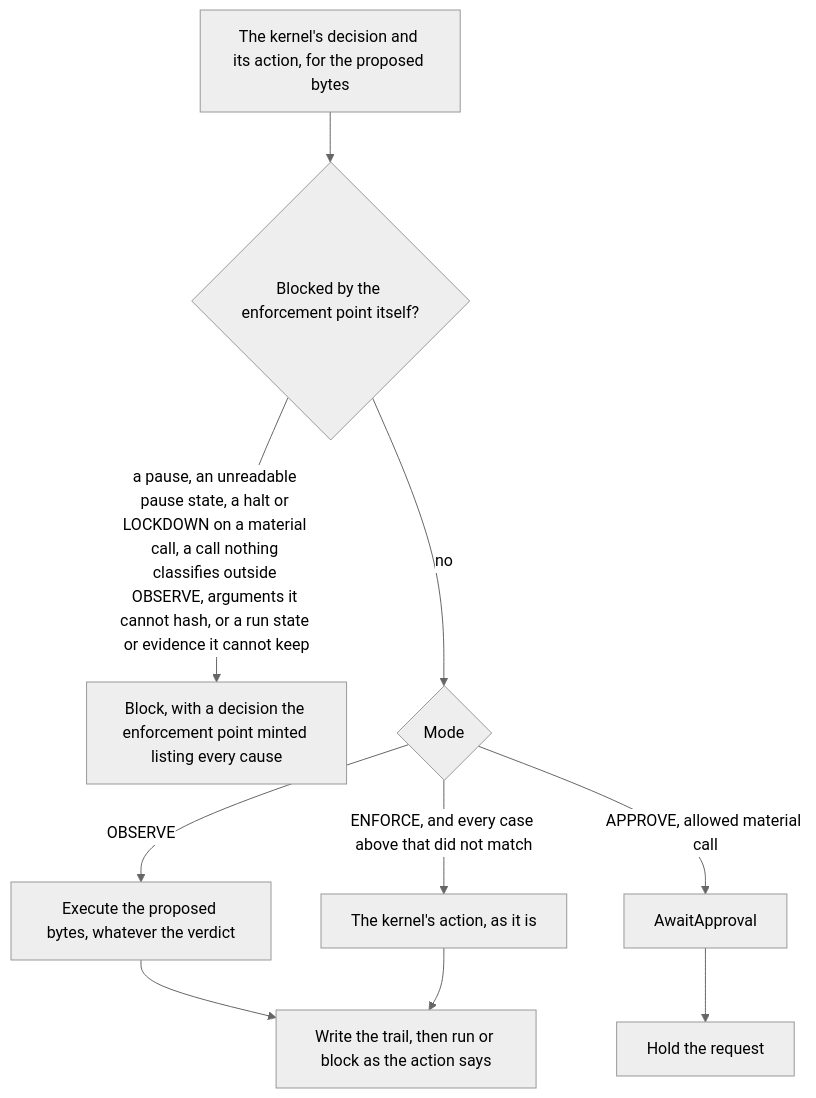
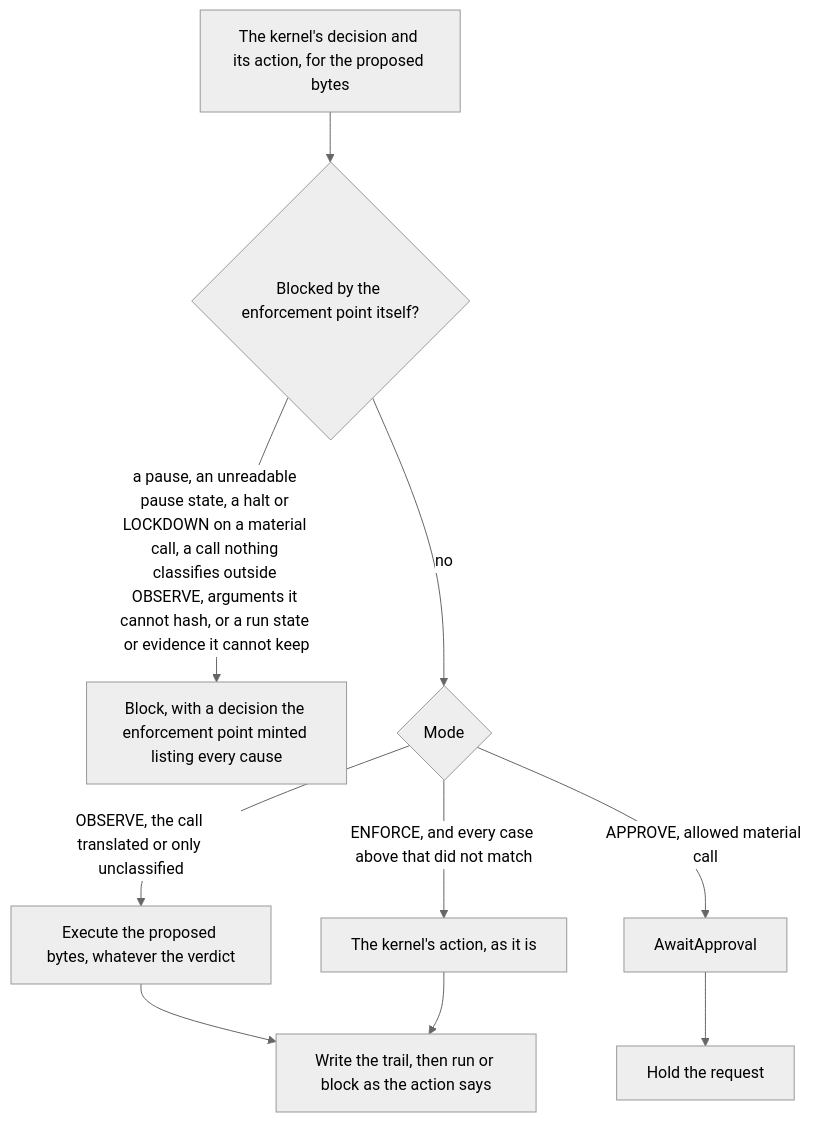
Before and after one commit to guardana/control: the diagram in docs/concepts/enforcement-modes.md, drawn with Mermaid (neutral theme). The commit also changed other lines of this file and 113 other files, not shown here.

First line of the commit message:
feat(gateway): refuse in the pipeline what an adapter could not translate

````diff
--- a/docs/concepts/enforcement-modes.md
+++ b/docs/concepts/enforcement-modes.md
@@ -22,14 +22,14 @@
 ```mermaid
 flowchart TD
     accTitle: Where the mode is applied
-    accDescr: A call the enforcement point blocks for its own causes is blocked in every mode; otherwise OBSERVE executes the proposed bytes, APPROVE holds an allowed material call, ENFORCE applies the kernel's action, and the trail is written before anything runs.
+    accDescr: A call the enforcement point blocks for its own causes is blocked in every mode; otherwise OBSERVE executes the proposed bytes unless the call could not be translated, APPROVE holds an allowed material call, ENFORCE applies the kernel's action, and the trail is written before anything runs.
     K["The kernel's decision and its action, for the proposed bytes"] --> P{"Blocked by the enforcement point itself?"}
     P -->|a pause, an unreadable pause state, a halt or LOCKDOWN on a material call, a call nothing classifies outside OBSERVE, arguments it cannot hash, or a run state or evidence it cannot keep| B["Block, with a decision the enforcement point minted listing every cause"]
     P -->|no| M{"Mode"}
-    M -->|OBSERVE| X["Execute the proposed bytes, whatever the verdict"]
+    M -->|OBSERVE, the call translated or only unclassified| X["Execute the proposed bytes, whatever the verdict"]
     M -->|APPROVE, allowed material call| A["AwaitApproval"]
     M -->|ENFORCE, and every case above that did not match| D["The kernel's action, as it is"]
     X --> W["Write the trail, then run or block as the action says"]
     D --> W
     A --> H["Hold the request"]
 ```
````
